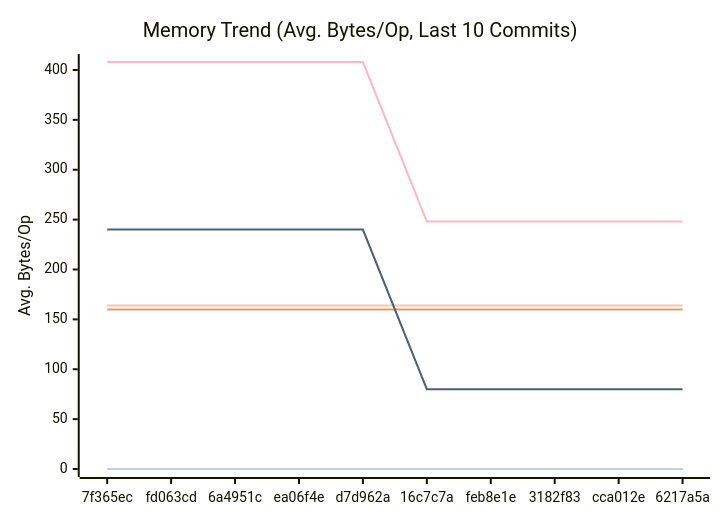
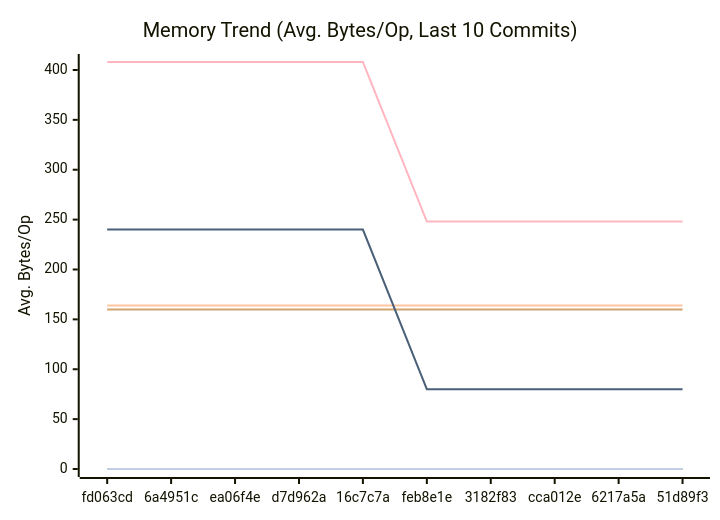
One commit to alsotoes/momo changed the second of 3 diagrams in docs/PERFORMANCE.md. Above: the diagram before and after it, drawn with Mermaid. The commit also changed other lines of this file and 2 other files, not shown here.

````diff
--- a/docs/PERFORMANCE.md
+++ b/docs/PERFORMANCE.md
@@ -97,16 +97,16 @@
 ```mermaid
 xychart-beta
     title "Memory Trend (Avg. Bytes/Op, Last 10 Commits)"
     x-axis "Commit"
     y-axis "Avg. Bytes/Op"
-    x-axis [7f365ec,fd063cd,6a4951c,ea06f4e,d7d962a,16c7c7a,feb8e1e,3182f83,cca012e,6217a5a]
+    x-axis [fd063cd,6a4951c,ea06f4e,d7d962a,16c7c7a,feb8e1e,3182f83,cca012e,6217a5a,51d89f3]
     line "CheckMetricsAndSwap" [0,0,0,0,0,0,0,0,0,0]
     line "CrushOptimized" [0,0,0,0,0,0,0,0,0,0]
     line "CrushOriginal" [164,164,164,164,164,164,164,164,164,164]
     line "IndexDirectTracking" [0,0,0,0,0,0,0,0,0,0]
     line "IndexSearch" [0,0,0,0,0,0,0,0,0,0]
     line "LoadGlobalConfig" [160,160,160,160,160,160,160,160,160,160]
     line "PadString" [0,0,0,0,0,0,0,0,0,0]
     line "ParseReplicationOrder_NoPrealloc" [408,408,408,408,408,248,248,248,248,248]
     line "ParseReplicationOrder_Prealloc" [240,240,240,240,240,80,80,80,80,80]
 ```
````
